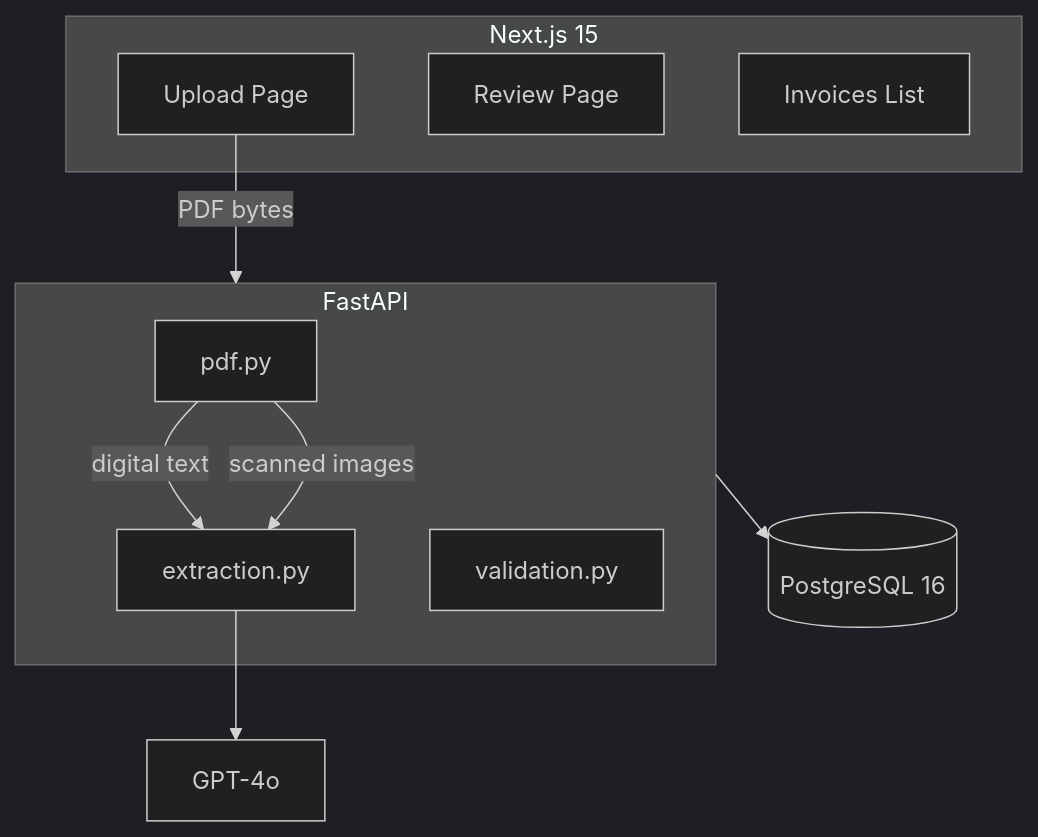
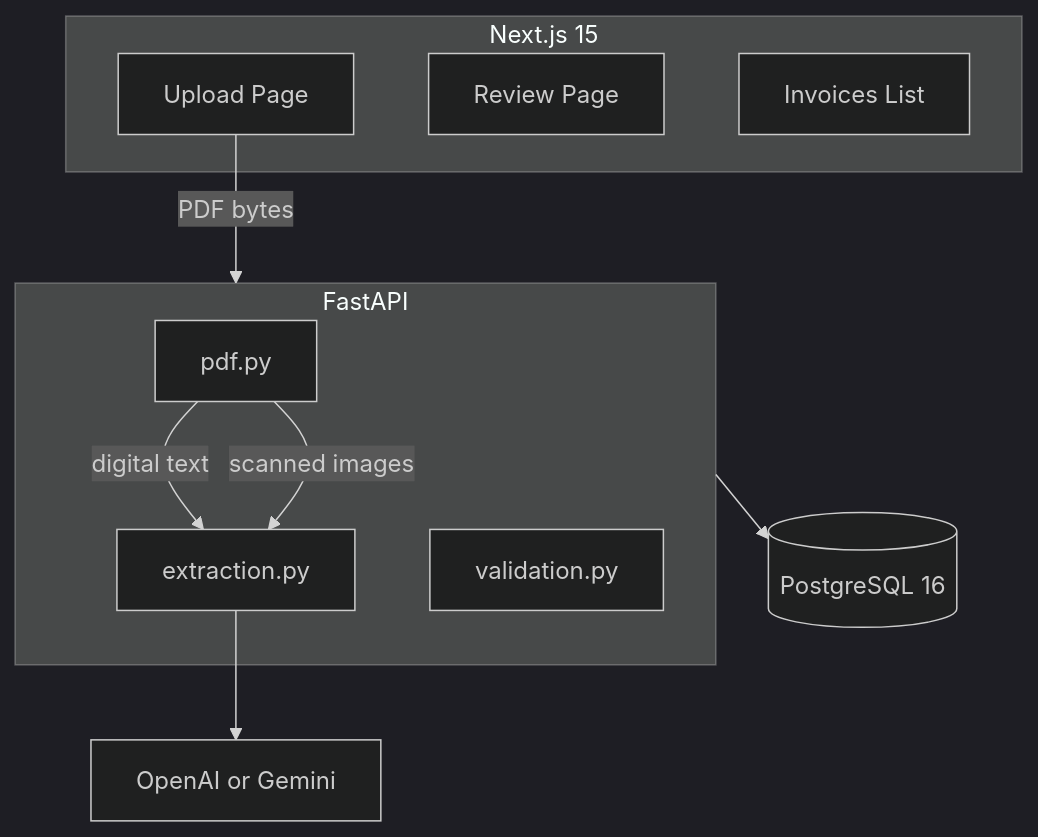
Before and after one commit to Naitik-oo7/invoiceai: the diagram in README.md, drawn with Mermaid (dark theme). The commit also changed other lines of this file and 18 other files, not shown here.

First line of the commit message:
Add support for Gemini LLM provider and update configuration

````diff
--- a/README.md
+++ b/README.md
@@ -16,20 +16,20 @@
 ```mermaid
 flowchart TB
     subgraph frontend [Next.js 15]
         Upload[Upload Page]
         Review[Review Page]
         List[Invoices List]
     end
 
     subgraph backend [FastAPI]
         PDF[pdf.py]
         Extract[extraction.py]
         Validate[validation.py]
     end
 
     Upload -->|PDF bytes| backend
     PDF -->|digital text| Extract
     PDF -->|scanned images| Extract
-    Extract --> OpenAI[GPT-4o]
+    Extract --> LLM[OpenAI or Gemini]
     backend --> PG[(PostgreSQL 16)]
 ```
````
